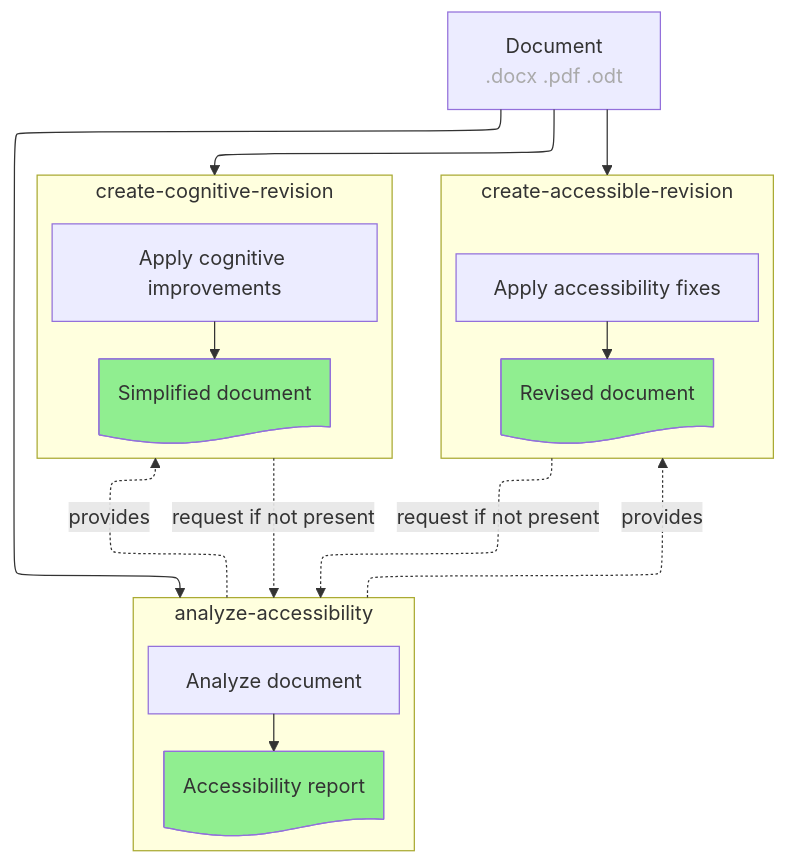
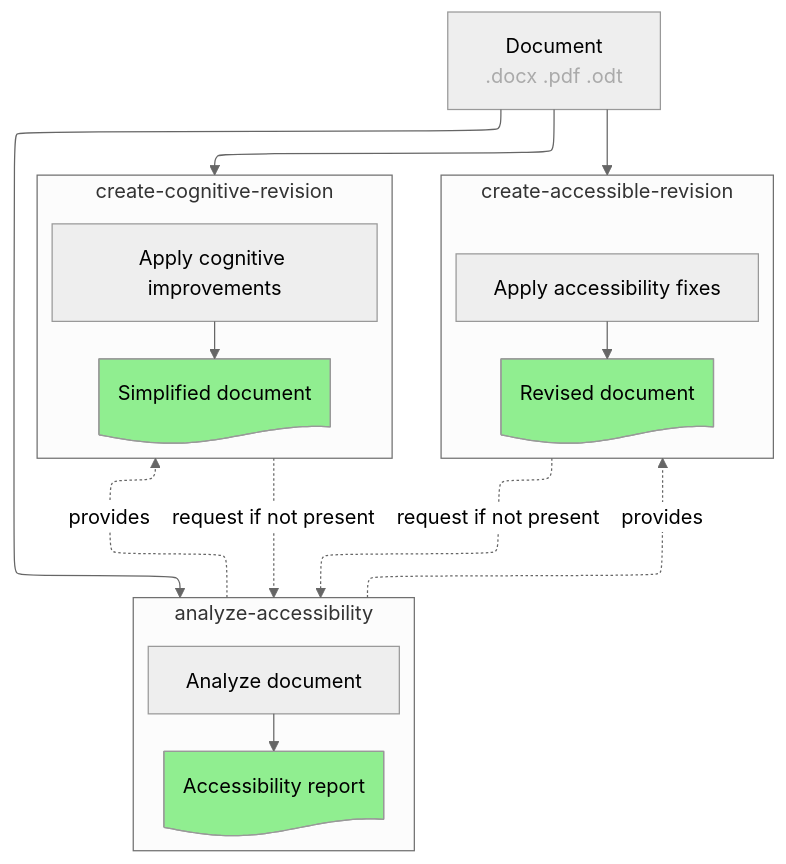
The diagram in README.md (elcapo/accessibility-checker-skill), drawn with Mermaid before and after one commit.

Commit message:
change the main diagram theme

````diff
--- a/README.md
+++ b/README.md
@@ -95,42 +95,43 @@
 ```mermaid
 ---
 config:
   layout: elk
+  theme: neutral
 ---
 flowchart TB
 
     subgraph analyze-accessibility["analyze-accessibility"]
         direction TB
             A1["Analyze document"]
             A2["Accessibility report"]
     end
 
     subgraph create-accessible-revision["create-accessible-revision"]
         direction TB
             B1["Apply accessibility fixes"]
             B2["Revised document"]
     end
 
     subgraph create-cognitive-revision["create-cognitive-revision"]
         direction TB
             C1["Apply cognitive improvements"]
             C2["Simplified document"]
     end
 
     A1 --> A2
     B1 --> B2
     C1 --> C2
     Doc["Document<br><span style='color: #aaa'>.docx .pdf .odt</span>"] --> analyze-accessibility & create-cognitive-revision & create-accessible-revision
 
     create-accessible-revision -. request if not present .-> analyze-accessibility
     analyze-accessibility -. provides .-> create-accessible-revision & create-cognitive-revision
     create-cognitive-revision -. request if not present .-> analyze-accessibility
 
     A2@{ shape: doc}
     B2@{ shape: doc}
     C2@{ shape: doc}
 
     style A2 fill:#90EE90
     style B2 fill:#90EE90
     style C2 fill:#90EE90
 ```
````
